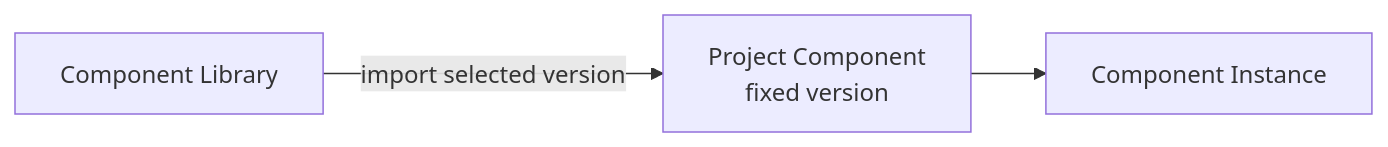
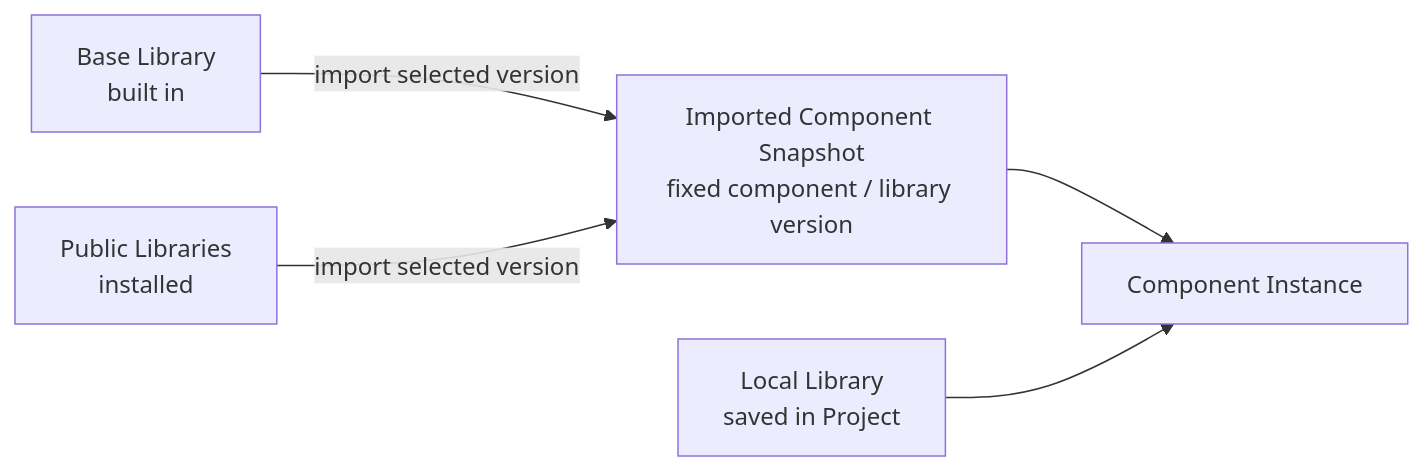
One commit to northwest-hcu/FlagShip changed the seventh of 11 diagrams in docs/architecture/03-technology-and-system-architecture.md. Above: the diagram before and after it, drawn with Mermaid. The commit also changed other lines of this file and 17 other files, not shown here.

Commit message:
feat: model base public and local component libraries

````diff
--- a/docs/architecture/03-technology-and-system-architecture.md
+++ b/docs/architecture/03-technology-and-system-architecture.md
@@ -228,9 +228,13 @@
 ```mermaid
 flowchart LR
-    Library["Component Library"]
-    Imported["Project Component<br/>fixed version"]
+    Base["Base Library<br/>built in"]
+    Public["Public Libraries<br/>installed"]
+    Imported["Imported Component Snapshot<br/>fixed component / library version"]
+    Local["Local Library<br/>saved in Project"]
     Instance["Component Instance"]
 
-    Library -->|"import selected version"| Imported
+    Base -->|"import selected version"| Imported
+    Public -->|"import selected version"| Imported
     Imported --> Instance
+    Local --> Instance
 ```
````
